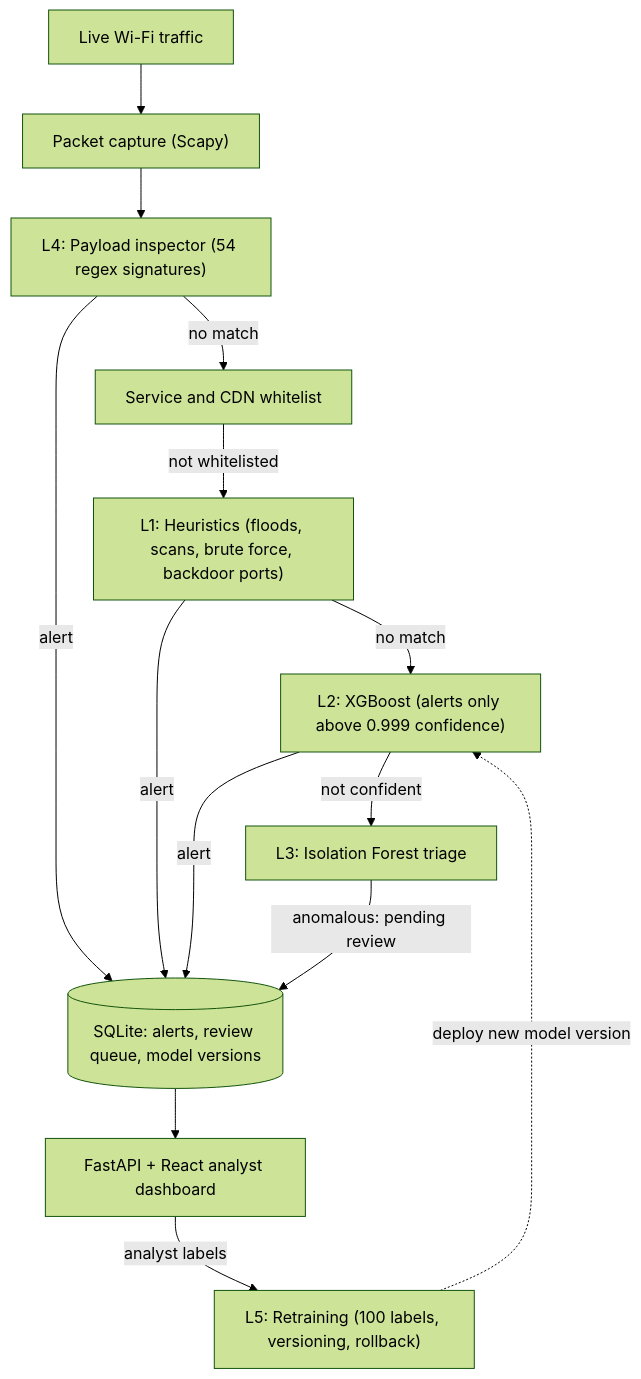
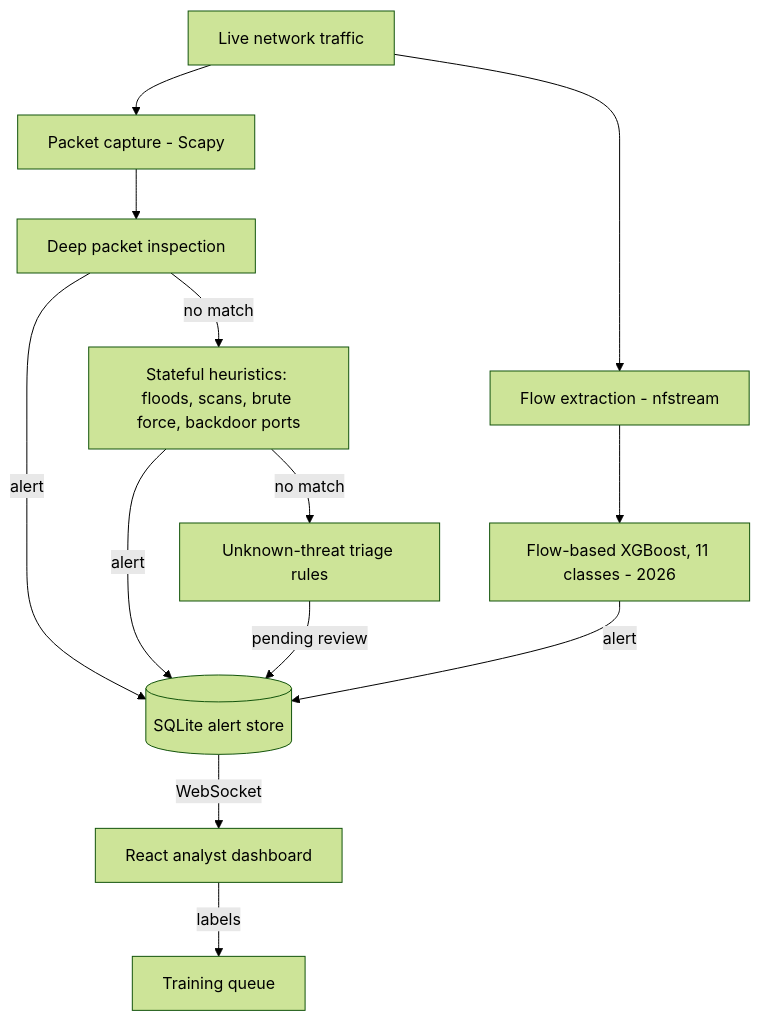
Before and after one commit to Suliman8/portfolio: the diagram in projects/adaptive-network-ids/README.md, drawn with Mermaid (forest theme). The commit also changed other lines of this file and 3 other files, not shown here.

````diff
--- a/projects/adaptive-network-ids/README.md
+++ b/projects/adaptive-network-ids/README.md
@@ -30,16 +47,15 @@
 ```mermaid
 flowchart TD
-    A["Live Wi-Fi traffic"] --> B["Packet capture (Scapy)"]
-    B --> C["L4: Payload inspector (54 regex signatures)"]
-    C -->|"no match"| W["Service and CDN whitelist"]
-    W -->|"not whitelisted"| D["L1: Heuristics (floods, scans, brute force, backdoor ports)"]
-    D -->|"no match"| E["L2: XGBoost (alerts only above 0.999 confidence)"]
-    E -->|"not confident"| F["L3: Isolation Forest triage"]
-    C -->|"alert"| DB[("SQLite: alerts, review queue, model versions")]
+    A["Live network traffic"] --> B["Packet capture - Scapy"]
+    B --> C["Deep packet inspection"]
+    C -->|"no match"| D["Stateful heuristics: floods, scans, brute force, backdoor ports"]
+    D -->|"no match"| E["Unknown-threat triage rules"]
+    A --> F["Flow extraction - nfstream"]
+    F --> G["Flow-based XGBoost, 11 classes - 2026"]
+    C -->|"alert"| DB[("SQLite alert store")]
     D -->|"alert"| DB
-    E -->|"alert"| DB
-    F -->|"anomalous: pending review"| DB
-    DB --> UI["FastAPI + React analyst dashboard"]
-    UI -->|"analyst labels"| R["L5: Retraining (100 labels, versioning, rollback)"]
-    R -.->|"deploy new model version"| E
+    E -->|"pending review"| DB
+    G -->|"alert"| DB
+    DB -->|"WebSocket"| UI["React analyst dashboard"]
+    UI -->|"labels"| Q["Training queue"]
 ```
````
